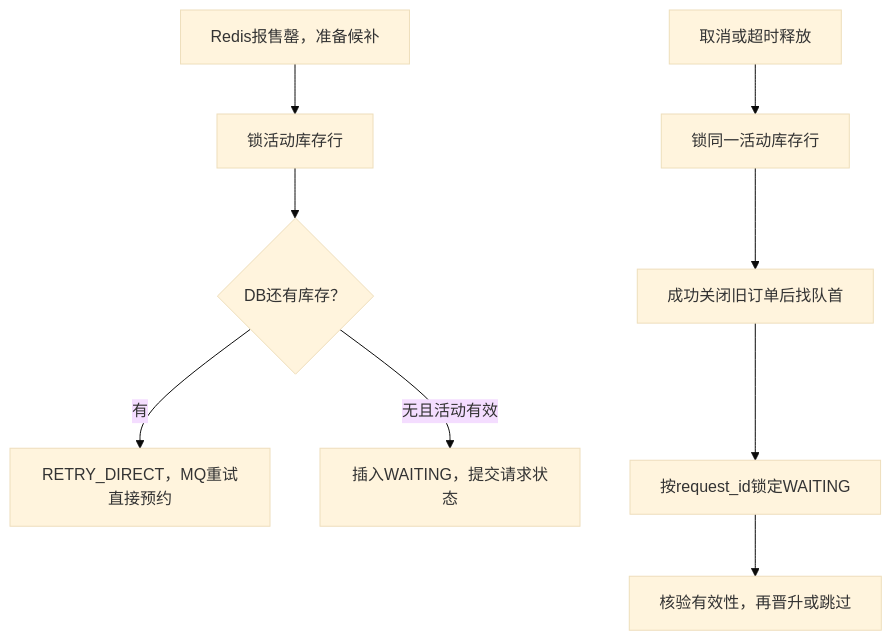
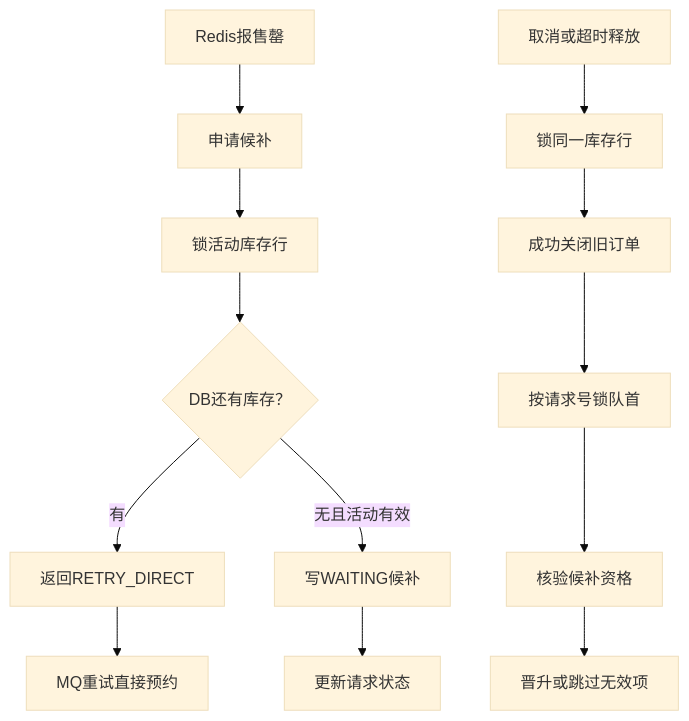
The third of 6 diagrams in 01-异步预约与候补调度.md (SyH-101/citypass-platform), drawn with Mermaid (base theme) before and after one commit. The commit also changed other lines of this file, not shown here.

Commit message:
docs: split long reservation flowchart labels to prevent clipping

````diff
--- a/01-异步预约与候补调度.md
+++ b/01-异步预约与候补调度.md
@@ -524,11 +528,15 @@
 ```mermaid
 flowchart TD
-    A["Redis报售罄，准备候补"] --> B["锁活动库存行"]
+    A["Redis报售罄"] --> A2["申请候补"]
+    A2 --> B["锁活动库存行"]
     B --> C{"DB还有库存？"}
-    C -->|有| D["RETRY_DIRECT，MQ重试直接预约"]
-    C -->|无且活动有效| E["插入WAITING，提交请求状态"]
-    F["取消或超时释放"] --> G["锁同一活动库存行"]
-    G --> H["成功关闭旧订单后找队首"]
-    H --> I["按request_id锁定WAITING"]
-    I --> J["核验有效性，再晋升或跳过"]
+    C -->|有| D["返回RETRY_DIRECT"]
+    D --> D2["MQ重试直接预约"]
+    C -->|无且活动有效| E["写WAITING候补"]
+    E --> E2["更新请求状态"]
+    F["取消或超时释放"] --> G["锁同一库存行"]
+    G --> H["成功关闭旧订单"]
+    H --> I["按请求号锁队首"]
+    I --> J["核验候补资格"]
+    J --> J2["晋升或跳过无效项"]
 ```
````
